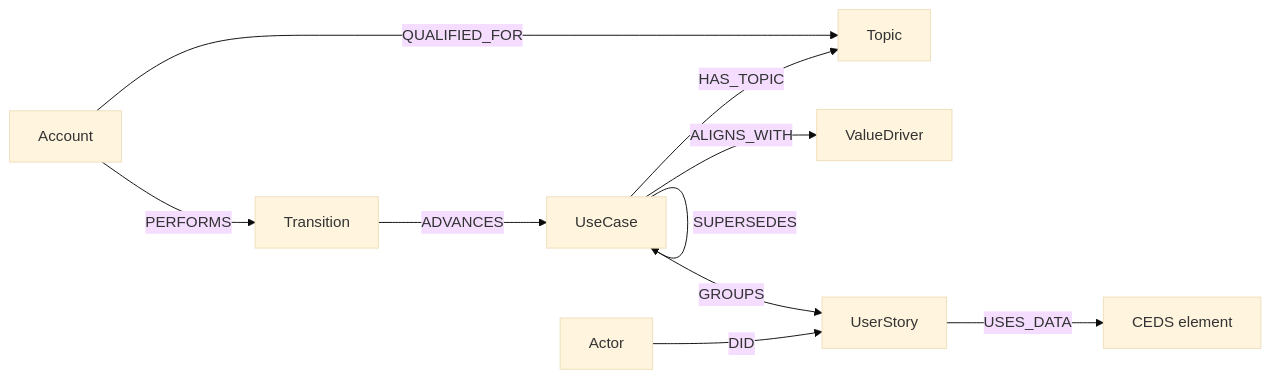
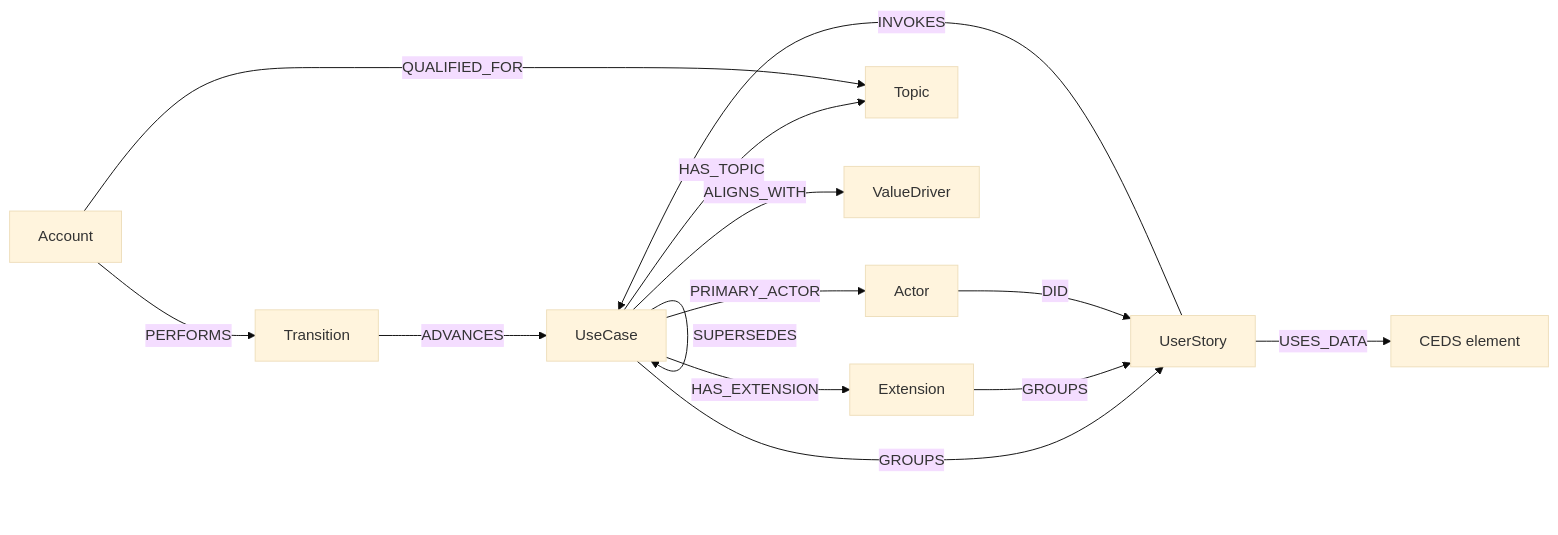
One commit to educoreproject/DataModelExplorer changed the diagram in docs/use-case-model/README.md. Above: the diagram before and after it, drawn with Mermaid (base theme). The commit also changed other lines of this file and 1 other file, not shown here.

First line of the commit message:
Use case model: Cockburn fields, extensions, sub-use cases, maturity passes

````diff
--- a/docs/use-case-model/README.md
+++ b/docs/use-case-model/README.md
@@ -8,12 +9,16 @@
 ```mermaid
 flowchart LR
-  Account -- QUALIFIED_FOR --> Topic
+  UseCase -- PRIMARY_ACTOR --> Actor
   UseCase -- HAS_TOPIC --> Topic
   UseCase -- ALIGNS_WITH --> ValueDriver
   UseCase -- SUPERSEDES --> UseCase
+  UseCase -- GROUPS --> UserStory
+  UseCase -- HAS_EXTENSION --> Extension
+  Extension -- GROUPS --> UserStory
+  UserStory -- INVOKES --> UseCase
+  Actor -- DID --> UserStory
+  UserStory -- USES_DATA --> CEDS["CEDS element"]
+  Account -- QUALIFIED_FOR --> Topic
   Account -- PERFORMS --> Transition
   Transition -- ADVANCES --> UseCase
-  UseCase -- GROUPS --> UserStory
-  Actor -- DID --> UserStory
-  UserStory -- USES_DATA --> CEDS["CEDS element"]
 ```
````
